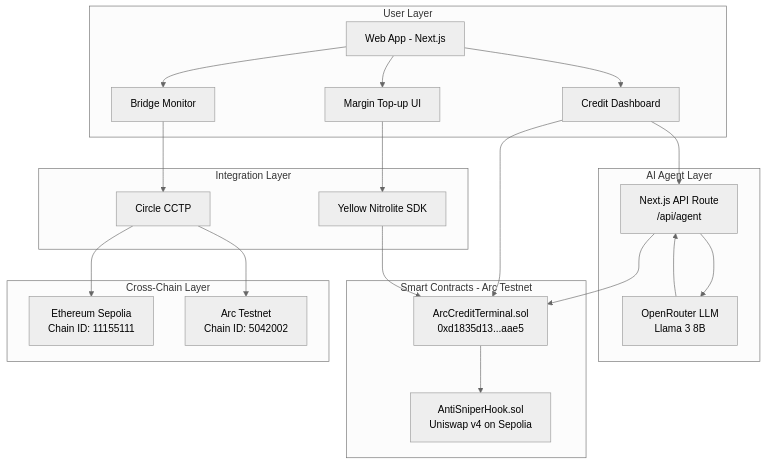
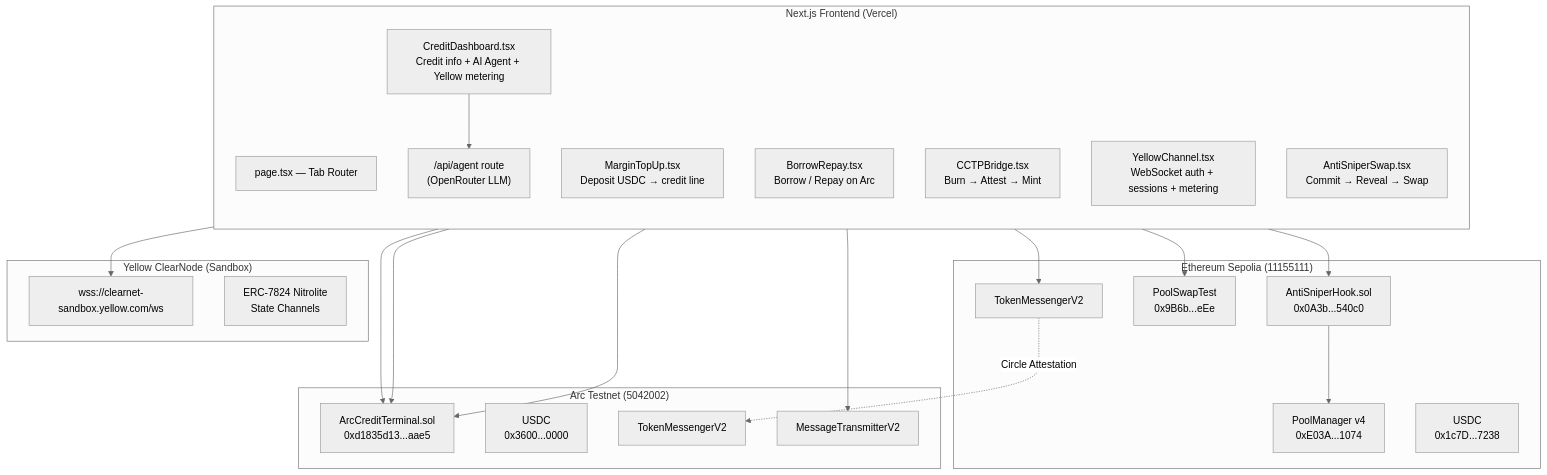
One commit to N-45div/HackMoney2026 changed the first of 11 diagrams in ARCHITECTURE.md. Above: the diagram before and after it, drawn with Mermaid (neutral theme). The commit also changed other lines of this file and 2 other files, not shown here.

Commit message:
feat: readme and arch diagram fixes

````diff
--- a/ARCHITECTURE.md
+++ b/ARCHITECTURE.md
@@ -16,44 +11,46 @@
 ```mermaid
 graph TB
-    subgraph "User Layer"
-        UI[Web App - Next.js]
-        CD[Credit Dashboard]
-        MT[Margin Top-up UI]
-        BM[Bridge Monitor]
+    subgraph Frontend["Next.js Frontend (Vercel)"]
+        direction TB
+        PAGE["page.tsx — Tab Router"]
+        CD[CreditDashboard.tsx<br/>Credit info + AI Agent + Yellow metering]
+        DEP[MarginTopUp.tsx<br/>Deposit USDC → credit line]
+        BR[BorrowRepay.tsx<br/>Borrow / Repay on Arc]
+        CCTP_UI[CCTPBridge.tsx<br/>Burn → Attest → Mint]
+        YC[YellowChannel.tsx<br/>WebSocket auth + sessions + metering]
+        MEV[AntiSniperSwap.tsx<br/>Commit → Reveal → Swap]
+        API["/api/agent route<br/>(OpenRouter LLM)"]
     end
 
-    subgraph "AI Agent Layer"
-        API[Next.js API Route<br/>/api/agent]
-        LLM[OpenRouter LLM<br/>Llama 3 8B]
+    subgraph Arc["Arc Testnet (5042002)"]
+        ACT[ArcCreditTerminal.sol<br/>0xd1835d13...aae5]
+        USDC_A[USDC<br/>0x3600...0000]
+        TM_A[TokenMessengerV2]
+        MT_A[MessageTransmitterV2]
     end
 
-    subgraph "Smart Contracts - Arc Testnet"
-        ACT[ArcCreditTerminal.sol<br/>0xd1835d13...aae5]
-        ASH[AntiSniperHook.sol<br/>Uniswap v4 on Sepolia]
+    subgraph Sepolia["Ethereum Sepolia (11155111)"]
+        HOOK[AntiSniperHook.sol<br/>0x0A3b...540c0]
+        PM[PoolManager v4<br/>0xE03A...1074]
+        PST[PoolSwapTest<br/>0x9B6b...eEe]
+        USDC_S[USDC<br/>0x1c7D...7238]
+        TM_S[TokenMessengerV2]
     end
 
-    subgraph "Integration Layer"
-        YN[Yellow Nitrolite SDK]
-        CC[Circle CCTP]
+    subgraph Yellow["Yellow ClearNode (Sandbox)"]
+        WS["wss://clearnet-sandbox.yellow.com/ws"]
+        SC[ERC-7824 Nitrolite<br/>State Channels]
     end
 
-    subgraph "Cross-Chain Layer"
-        ES[Ethereum Sepolia<br/>Chain ID: 11155111]
-        AT[Arc Testnet<br/>Chain ID: 5042002]
-    end
-
-    UI --> CD
-    UI --> MT
-    UI --> BM
     CD --> API
-    API --> LLM
-    LLM --> API
-    API --> ACT
     CD --> ACT
-    MT --> YN
-    BM --> CC
-    YN --> ACT
-    CC --> ES
-    CC --> AT
-    ACT --> ASH
+    DEP --> ACT
+    BR --> ACT
+    CCTP_UI --> TM_S
+    CCTP_UI --> MT_A
+    YC --> WS
+    MEV --> HOOK
+    MEV --> PST
+    HOOK --> PM
+    TM_S -.->|Circle Attestation| TM_A
 ```
````
